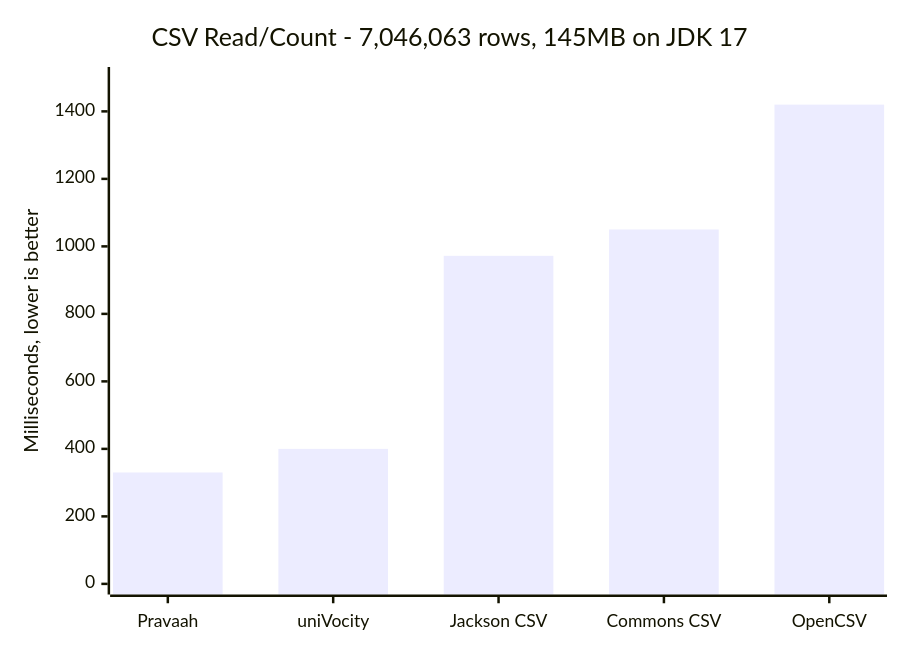
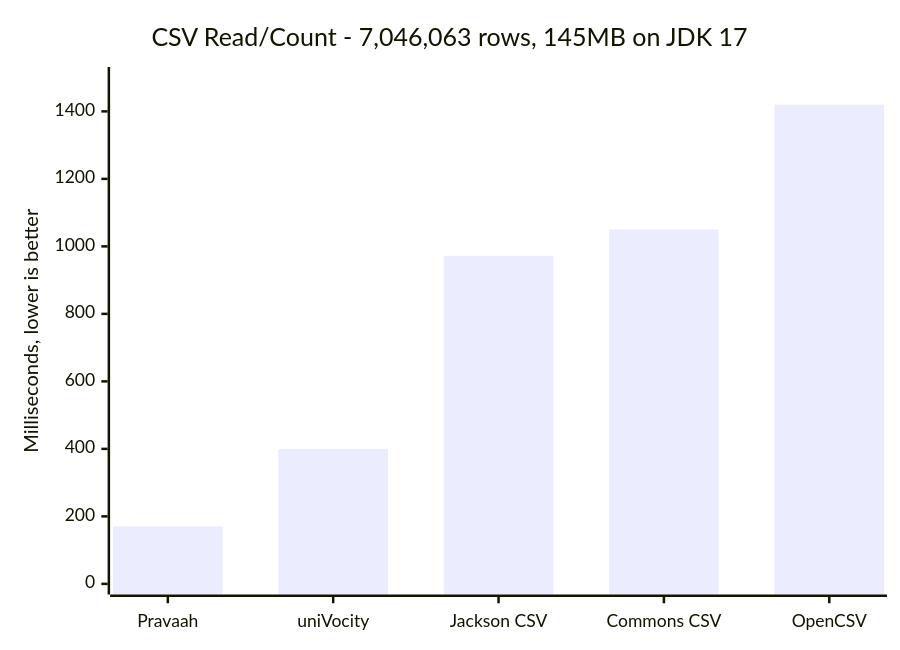
The first of 6 diagrams in README.md (beingmartinbmc/pravaah-java), drawn with Mermaid before and after one commit. The commit also changed other lines of this file and 19 other files, not shown here.

````diff
--- a/README.md
+++ b/README.md
@@ -365,7 +365,7 @@
 ```mermaid
 xychart-beta
     title "CSV Read/Count - 7,046,063 rows, 145MB on JDK 17"
     x-axis ["Pravaah", "uniVocity", "Jackson CSV", "Commons CSV", "OpenCSV"]
     y-axis "Milliseconds, lower is better" 0 --> 1500
-    bar [330, 400, 972, 1050, 1420]
+    bar [170, 400, 972, 1050, 1420]
 ```
````
